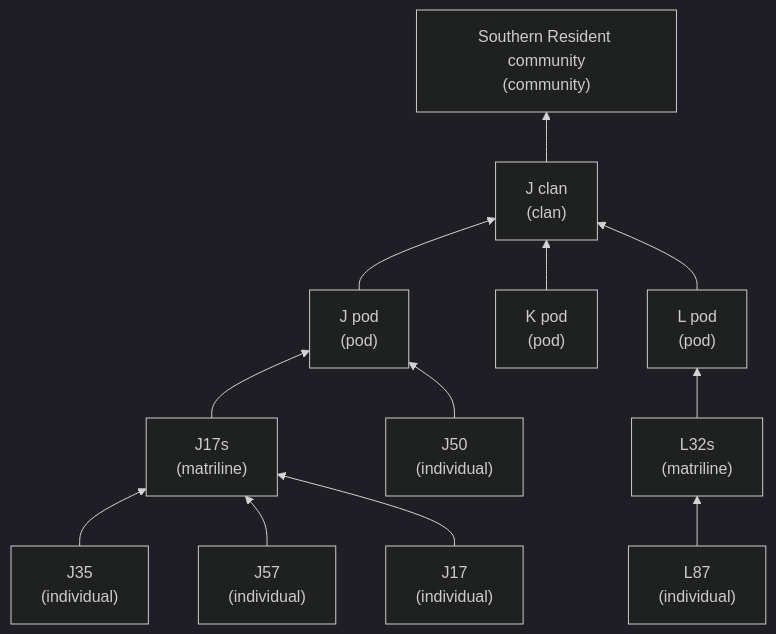
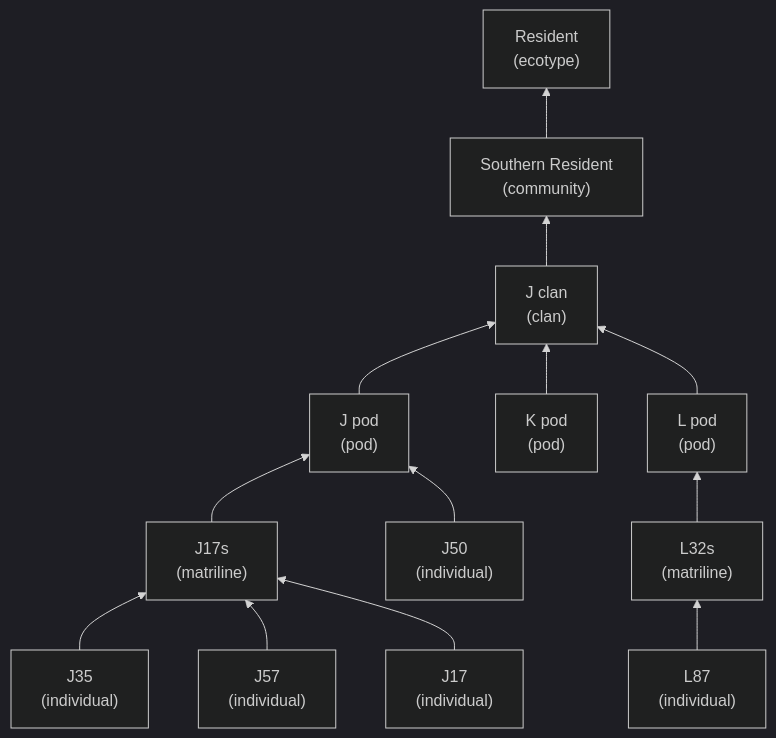
One commit to salish-sea/animals changed the second of 2 diagrams in dist/structure.md. Above: the diagram before and after it, drawn with Mermaid (dark theme). The commit also changed other lines of this file and 23 other files, not shown here.

First line of the commit message:
Q1: Southern Resident is a community of the Resident ecotype (#30)

````diff
--- a/dist/structure.md
+++ b/dist/structure.md
@@ -38,26 +35,28 @@
 ```mermaid
 graph BT
-  SSA_0000010["Southern Resident community<br/>(community)"]
+  SSA_0000003["Resident<br/>(ecotype)"]
+  SSA_0000010["Southern Resident<br/>(community)"]
   SSA_0000011["J clan<br/>(clan)"]
   SSA_0000020["J pod<br/>(pod)"]
   SSA_0000021["K pod<br/>(pod)"]
   SSA_0000022["L pod<br/>(pod)"]
   SSA_0000030["J17s<br/>(matriline)"]
   SSA_0000031["L32s<br/>(matriline)"]
   SSA_0000101["J35<br/>(individual)"]
   SSA_0000102["J57<br/>(individual)"]
   SSA_0000103["J50<br/>(individual)"]
   SSA_0000104["L87<br/>(individual)"]
   SSA_0000105["J17<br/>(individual)"]
+  SSA_0000010 --> SSA_0000003
   SSA_0000011 --> SSA_0000010
   SSA_0000020 --> SSA_0000011
   SSA_0000021 --> SSA_0000011
   SSA_0000022 --> SSA_0000011
   SSA_0000030 --> SSA_0000020
   SSA_0000031 --> SSA_0000022
   SSA_0000101 --> SSA_0000030
   SSA_0000102 --> SSA_0000030
   SSA_0000103 --> SSA_0000020
   SSA_0000104 --> SSA_0000031
   SSA_0000105 --> SSA_0000030
 ```
````
